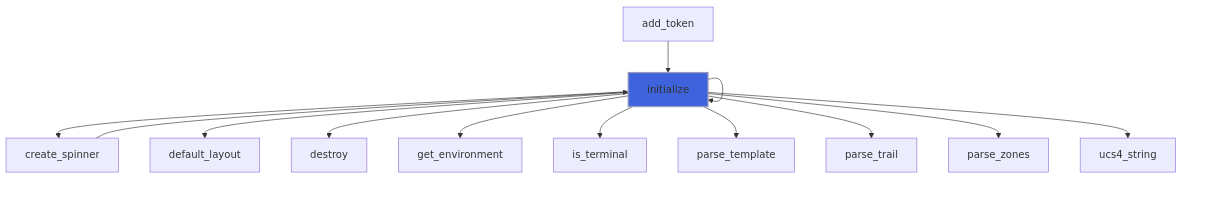
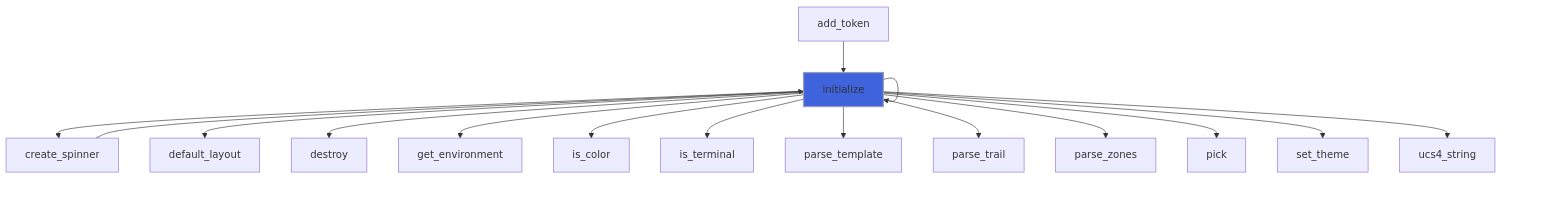
The third of 46 diagrams in docs/api/src/lib/forbear_bar_object.md (szaghi/forbear), drawn with Mermaid before and after one commit. The commit also changed other lines of this file and 48 other files, not shown here.

````diff
--- a/docs/api/src/lib/forbear_bar_object.md
+++ b/docs/api/src/lib/forbear_bar_object.md
@@ -343,17 +352,20 @@
 ```mermaid
 flowchart TD
   add_token["add_token"] --> initialize["initialize"]
   create_spinner["create_spinner"] --> initialize["initialize"]
   initialize["initialize"] --> initialize["initialize"]
   initialize["initialize"] --> create_spinner["create_spinner"]
   initialize["initialize"] --> default_layout["default_layout"]
   initialize["initialize"] --> destroy["destroy"]
   initialize["initialize"] --> get_environment["get_environment"]
   initialize["initialize"] --> initialize["initialize"]
+  initialize["initialize"] --> is_color["is_color"]
   initialize["initialize"] --> is_terminal["is_terminal"]
   initialize["initialize"] --> parse_template["parse_template"]
   initialize["initialize"] --> parse_trail["parse_trail"]
   initialize["initialize"] --> parse_zones["parse_zones"]
+  initialize["initialize"] --> pick["pick"]
+  initialize["initialize"] --> set_theme["set_theme"]
   initialize["initialize"] --> ucs4_string["ucs4_string"]
   style initialize fill:#3e63dd,stroke:#99b,stroke-width:2px
 ```
````
